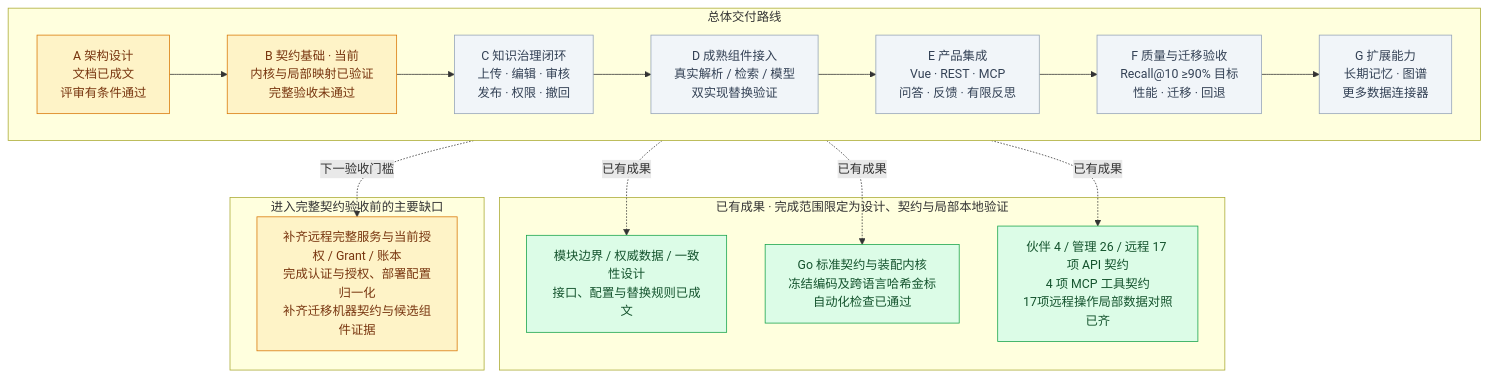
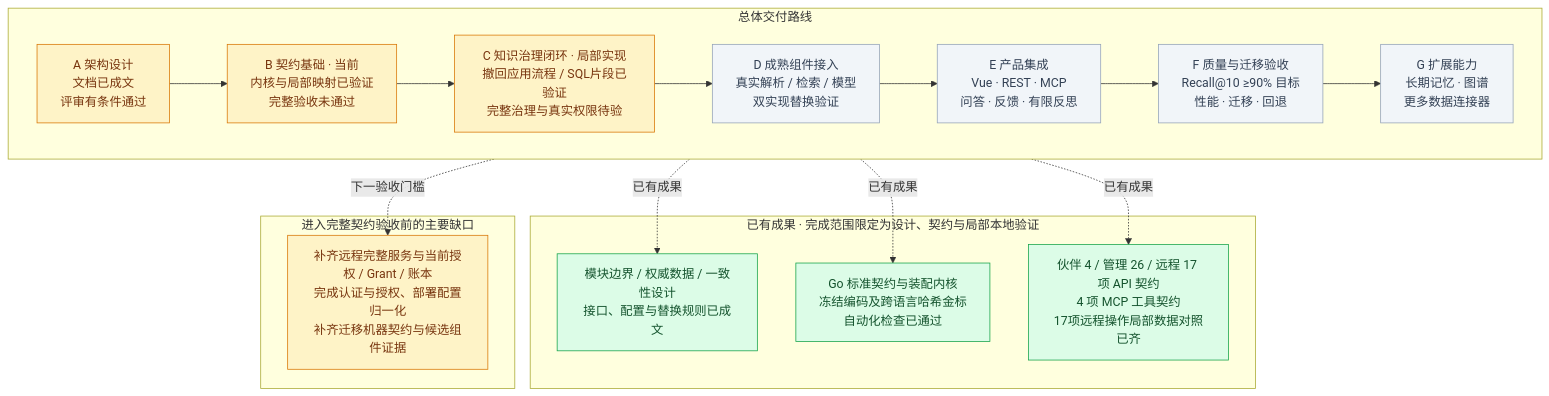
Before and after one commit to MemoryGet/memorys: the diagram in docs/PROGRESS.md, drawn with Mermaid. The commit also changed other lines of this file and 93 other files, not shown here.

````diff
--- a/docs/PROGRESS.md
+++ b/docs/PROGRESS.md
@@ -9,34 +9,34 @@
 ```mermaid
 flowchart TB
     subgraph ROAD[总体交付路线]
         direction LR
         A["A 架构设计<br/>文档已成文<br/>评审有条件通过"] --> B["B 契约基础 · 当前<br/>内核与局部映射已验证<br/>完整验收未通过"]
-        B --> C["C 知识治理闭环<br/>上传 · 编辑 · 审核<br/>发布 · 权限 · 撤回"]
+        B --> C["C 知识治理闭环 · 局部实现<br/>撤回应用流程 / SQL片段已验证<br/>完整治理与真实权限待验"]
         C --> D["D 成熟组件接入<br/>真实解析 / 检索 / 模型<br/>双实现替换验证"]
         D --> E["E 产品集成<br/>Vue · REST · MCP<br/>问答 · 反馈 · 有限反思"]
         E --> F["F 质量与迁移验收<br/>Recall@10 ≥90% 目标<br/>性能 · 迁移 · 回退"]
         F --> G["G 扩展能力<br/>长期记忆 · 图谱<br/>更多数据连接器"]
     end
 
     subgraph DONE[已有成果 · 完成范围限定为设计、契约与局部本地验证]
         X["模块边界 / 权威数据 / 一致性设计<br/>接口、配置与替换规则已成文"]
         Y["Go 标准契约与装配内核<br/>冻结编码及跨语言哈希金标<br/>自动化检查已通过"]
         Z["伙伴 4 / 管理 26 / 远程 17 项 API 契约<br/>4 项 MCP 工具契约<br/>17项远程操作局部数据对照已齐"]
     end
 
     subgraph GATE[进入完整契约验收前的主要缺口]
         H["补齐远程完整服务与当前授权 / Grant / 账本<br/>完成认证与授权、部署配置归一化<br/>补齐迁移机器契约与候选组件证据"]
     end
 
     A -.已有成果.-> X
     B -.已有成果.-> Y
     B -.已有成果.-> Z
     B -.下一验收门槛.-> H
 
     classDef done fill:#dcfce7,stroke:#16a34a,color:#14532d;
     classDef partial fill:#fef3c7,stroke:#d97706,color:#78350f;
     classDef pending fill:#f1f5f9,stroke:#94a3b8,color:#334155;
-    class A,B,H partial;
+    class A,B,C,H partial;
     class X,Y,Z done;
-    class C,D,E,F,G pending;
+    class D,E,F,G pending;
 ```
````
